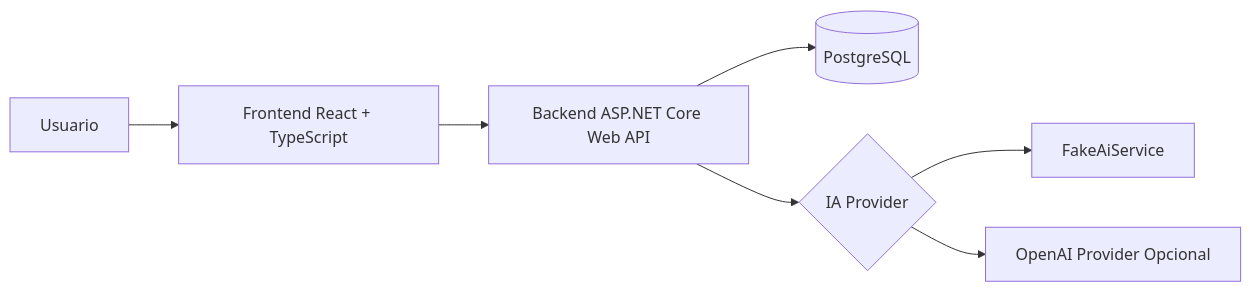
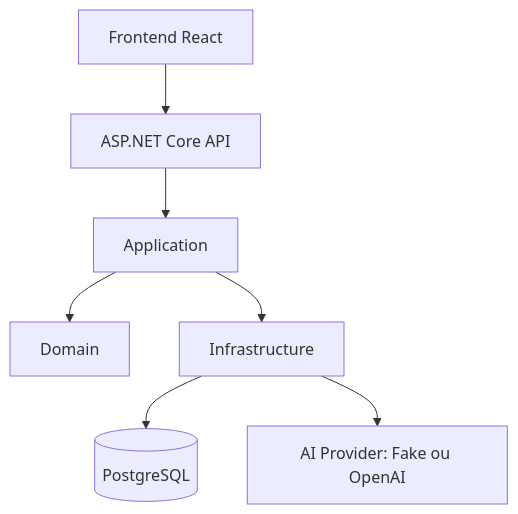
One commit to saulomlcosta/SpecPilot changed the second of 5 diagrams in README.md. Above: the diagram before and after it, drawn with Mermaid. The commit also changed other lines of this file and 2 other files, not shown here.

````diff
--- a/README.md
+++ b/README.md
@@ -99,9 +169,17 @@
 ```mermaid
-flowchart LR
-    U[Usuario] --> F[Frontend React + TypeScript]
-    F --> B[Backend ASP.NET Core Web API]
-    B --> DB[(PostgreSQL)]
-    B --> AI{IA Provider}
-    AI --> FAKE[FakeAiService]
-    AI --> OPENAI[OpenAI Provider Opcional]
+flowchart TD
+    FE[Frontend React]
+    API[ASP.NET Core API]
+    APP[Application]
+    DOMAIN[Domain]
+    INFRA[Infrastructure]
+    DB[(PostgreSQL)]
+    AI[AI Provider: Fake ou OpenAI]
+
+    FE --> API
+    API --> APP
+    APP --> DOMAIN
+    APP --> INFRA
+    INFRA --> DB
+    INFRA --> AI
 ```
````
